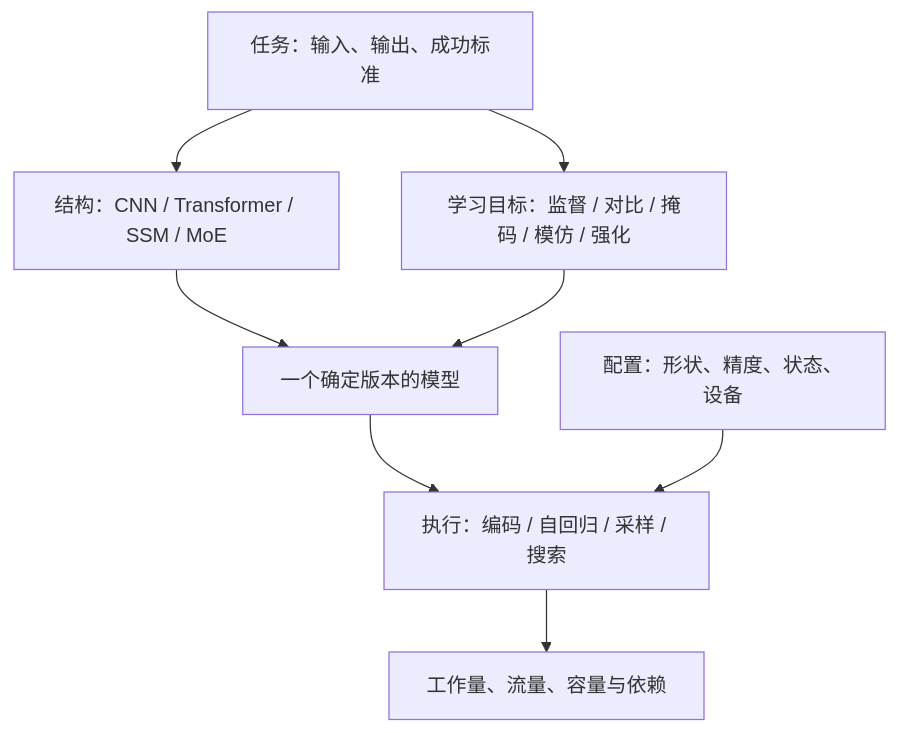
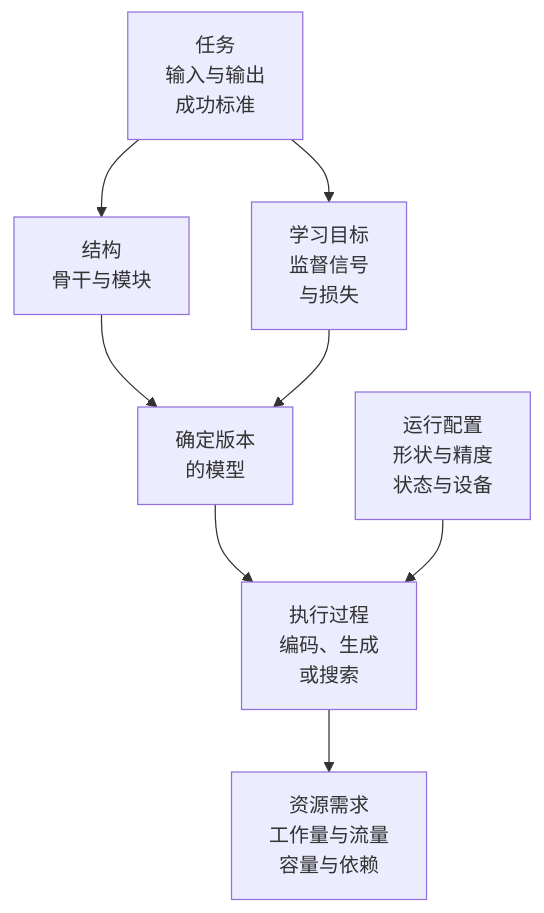
The diagram in series/workload/00-overview/unified-relationship-map.md (microarch-flow/wiki), drawn with Mermaid before and after one commit. The commit also changed 3 other files, not shown here.

Commit message:
Make Workload mechanism diagrams readable on narrow screens

````diff
--- a/series/workload/00-overview/unified-relationship-map.md
+++ b/series/workload/00-overview/unified-relationship-map.md
@@ -19,10 +19,10 @@
 ```mermaid
 flowchart TD
-  T["任务：输入、输出、成功标准"] --> S["结构：CNN / Transformer / SSM / MoE"]
-  T --> L["学习目标：监督 / 对比 / 掩码 / 模仿 / 强化"]
-  S --> M["一个确定版本的模型"]
+  T["任务<br/>输入与输出<br/>成功标准"] --> S["结构<br/>骨干与模块"]
+  T --> L["学习目标<br/>监督信号<br/>与损失"]
+  S --> M["确定版本<br/>的模型"]
   L --> M
-  M --> E["执行：编码 / 自回归 / 采样 / 搜索"]
-  C["配置：形状、精度、状态、设备"] --> E
-  E --> W["工作量、流量、容量与依赖"]
+  M --> E["执行过程<br/>编码、生成<br/>或搜索"]
+  C["运行配置<br/>形状与精度<br/>状态与设备"] --> E
+  E --> W["资源需求<br/>工作量与流量<br/>容量与依赖"]
 ```
````
